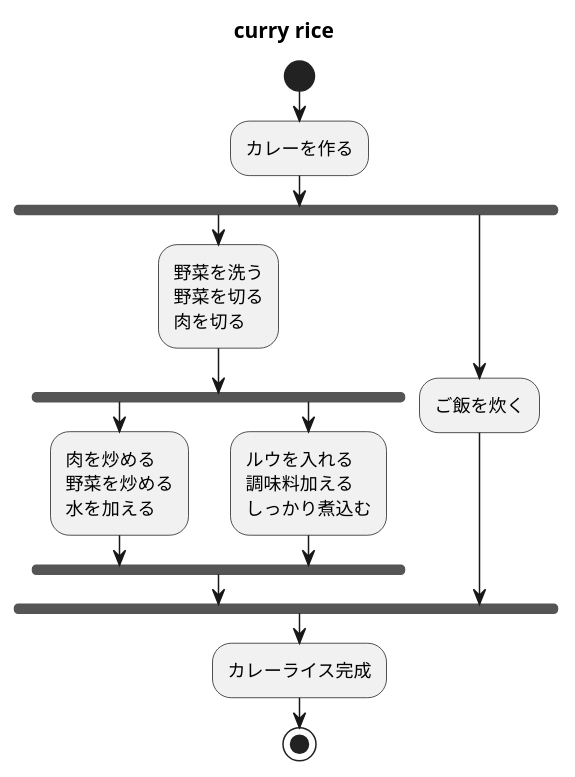
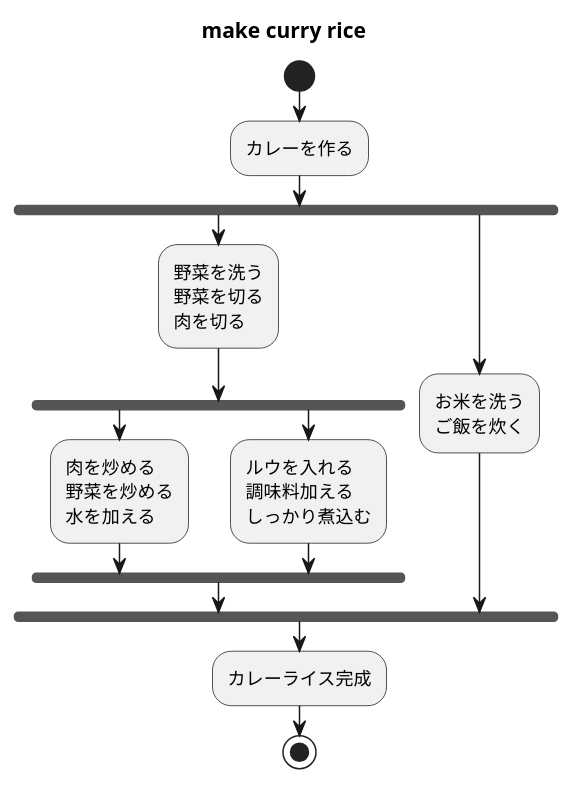
One commit to github-use-a/uml-introduction changed the diagram in 7章練習_ACカレーライス.pu. Above: the diagram before and after it, drawn with PlantUML.

Commit message:
修正

```diff
--- a/7章練習_ACカレーライス.pu
+++ b/7章練習_ACカレーライス.pu
@@ -1,23 +1,24 @@
 @startuml 並列処理
-title curry rice 
+title make curry rice 
 start
 :カレーを作る;
 fork
 :野菜を洗う
 野菜を切る
 肉を切る;
 fork
 :肉を炒める
 野菜を炒める
 水を加える;
 fork again
 :ルウを入れる
 調味料加える
 しっかり煮込む;
 end fork
 fork again
-:ご飯を炊く;
+:お米を洗う
+ご飯を炊く;
 end fork
 :カレーライス完成;
 stop
 @enduml
```
